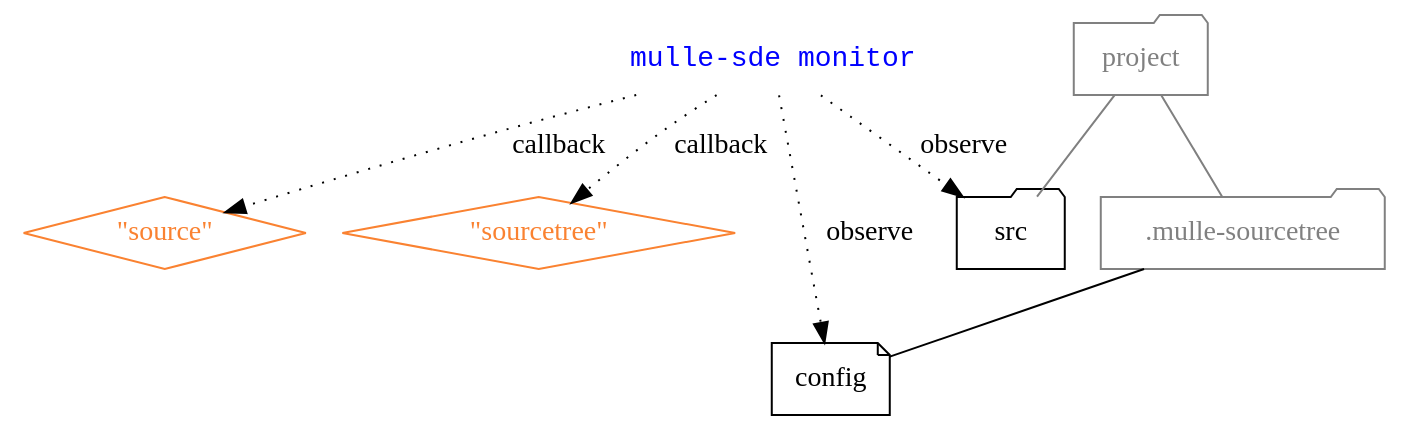
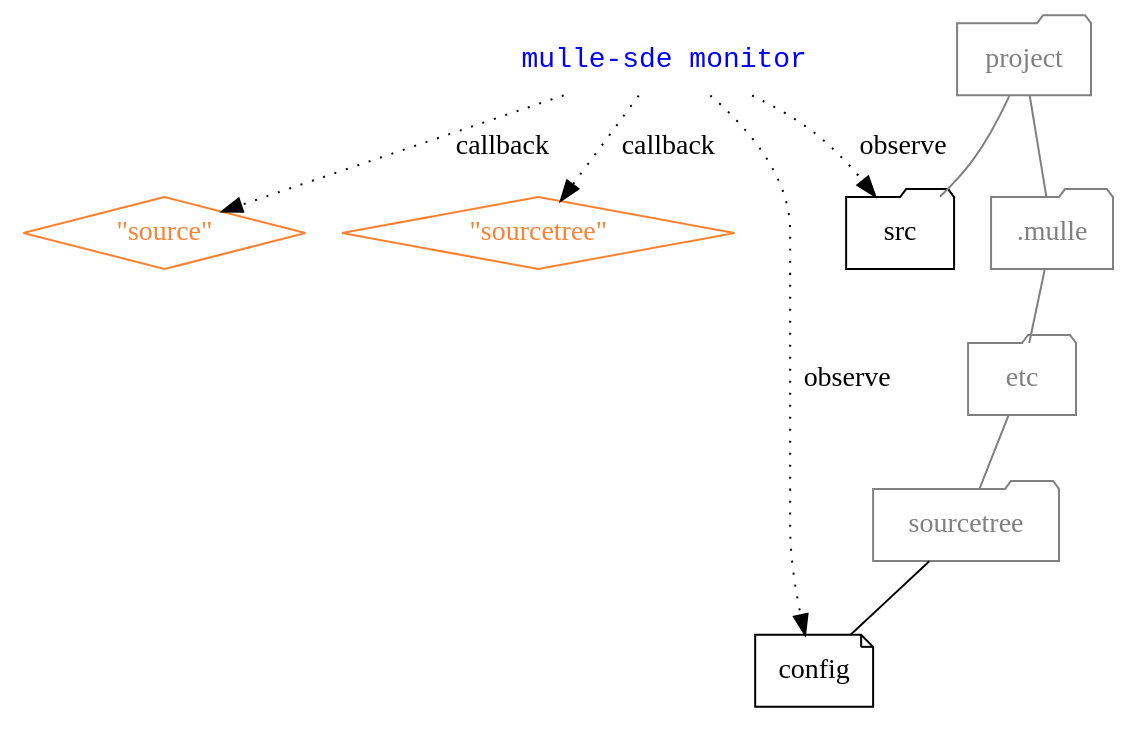
The diagram in dox/mulle-sde-monitor.dot (mulle-sde/mulle-sde), drawn with Graphviz before and after one commit. The commit also changed 40 other files, not shown here.

```diff
--- a/dox/mulle-sde-monitor.dot
+++ b/dox/mulle-sde-monitor.dot
@@ -1,27 +1,31 @@
 digraph G {
     graph [rankdir = TD];
 
     node[shape=record];
 
     { rank = same; "mulle-sde monitor" };
-    { rank = same; "src", ".mulle-sourcetree" };
+    { rank = same; "src", ".mulle" };
 
     "project"            [ shape="folder", color="gray", fontcolor="gray"]
     "src"                [ shape="folder"]
-    ".mulle-sourcetree"  [ shape="folder", color="gray", fontcolor="gray"]
+    ".mulle"             [ shape="folder", color="gray", fontcolor="gray"]
+    "etc"                [ shape="folder", color="gray", fontcolor="gray"]
+    "sourcetree f"       [ label="sourcetree", shape="folder", color="gray", fontcolor="gray"]
     "config"             [ shape="note"]
 
-    "project"            -> "src"                [ arrowhead="none", color="gray", fontcolor="gray"]
-    "project"            -> ".mulle-sourcetree"  [ arrowhead="none", color="gray", fontcolor="gray"]
-    ".mulle-sourcetree"  -> "config"             [ arrowhead="none" ]
+    "project"            -> "src"           [ arrowhead="none", color="gray", fontcolor="gray"]
+    "project"            -> ".mulle"        [ arrowhead="none", color="gray", fontcolor="gray"]
+    ".mulle"             -> "etc"           [ arrowhead="none", color="gray", fontcolor="gray"]
+    "etc"                -> "sourcetree f"  [ arrowhead="none", color="gray", fontcolor="gray"]
+    "sourcetree f"  -> "config"             [ arrowhead="none" ]
 
     "source"               [ shape="diamond", color="#fa8231", fontcolor="#fa8231", label="\"source\"" ]
     "sourcetree"           [ shape="diamond", color="#fa8231", fontcolor="#fa8231", label="\"sourcetree\"" ]
     "mulle-sde monitor"    [ shape="none", fontname="monospace", fontcolor="blue"]
 
     "mulle-sde monitor"  -> "source"      [ style="dotted", label="callback" ]
     "mulle-sde monitor"  -> "sourcetree"  [ style="dotted", label="callback" ]
 
     "mulle-sde monitor"  -> "src"    [ style="dotted", label="observe" ]
     "mulle-sde monitor"  -> "config" [ style="dotted", label="observe" ]
 }
```
